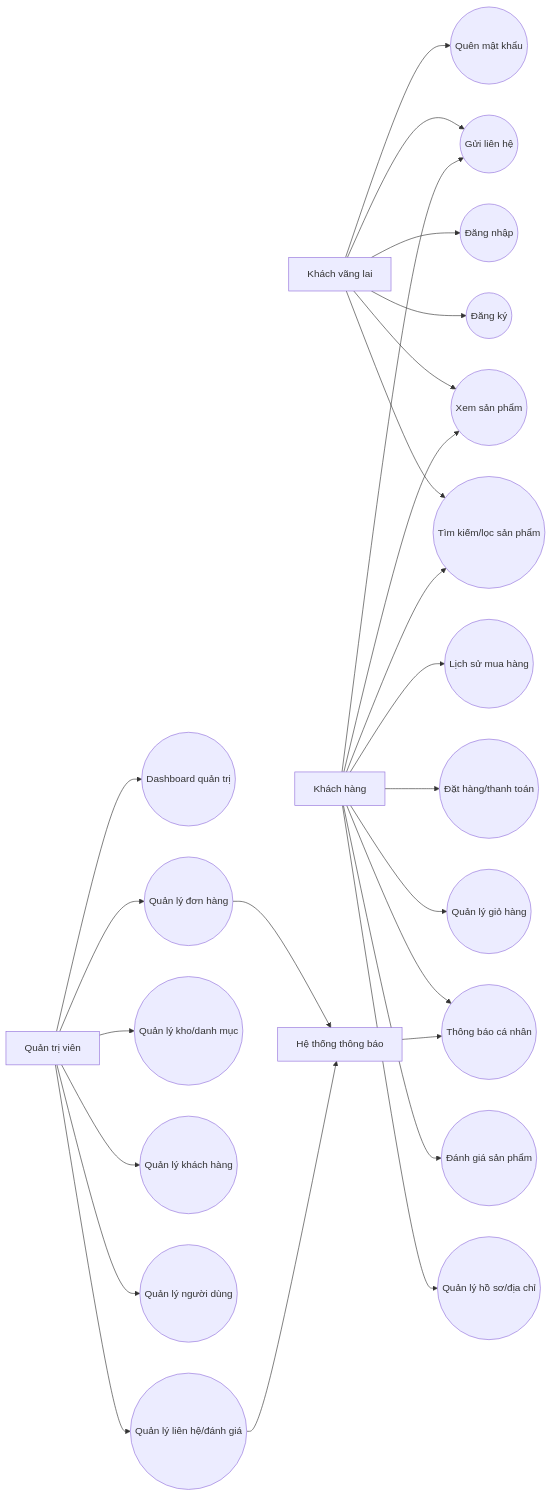
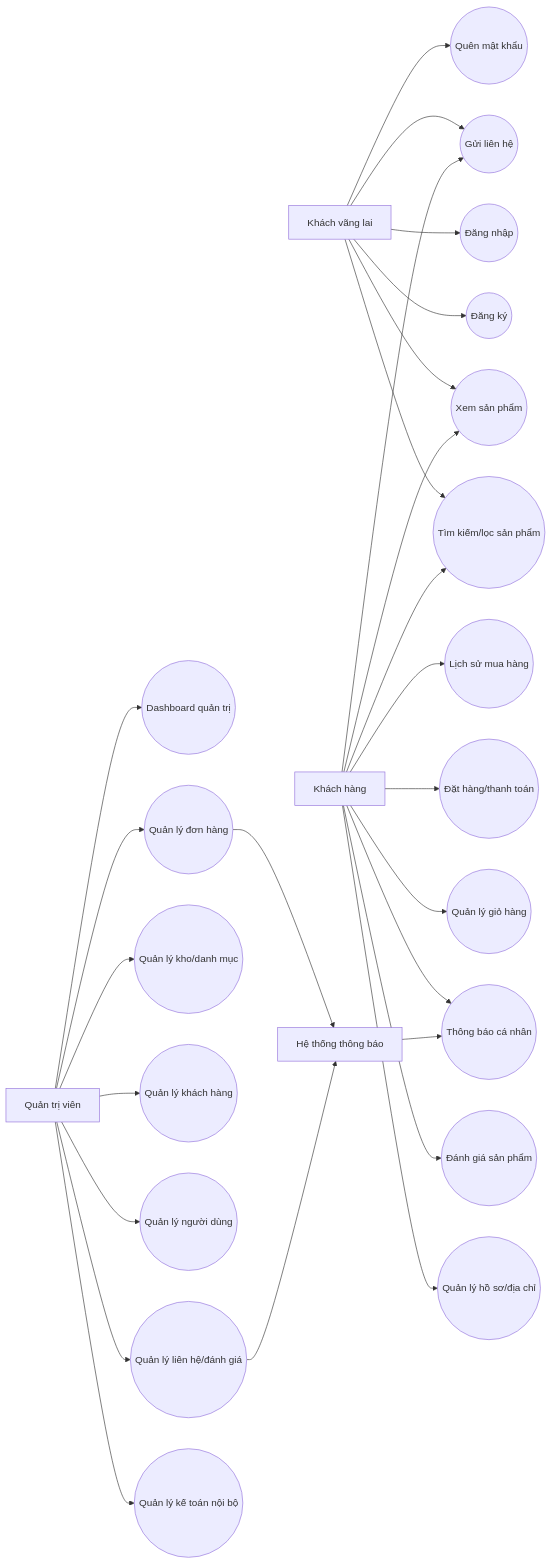
Before and after one commit to lequyet2001/SomeThing: the first of 10 diagrams in docs/bao-cao-phan-tich-thiet-ke-he-thong.md, drawn with Mermaid. The commit also changed other lines of this file and 42 other files, not shown here.

```diff
--- a/docs/bao-cao-phan-tich-thiet-ke-he-thong.md
+++ b/docs/bao-cao-phan-tich-thiet-ke-he-thong.md
@@ -205,56 +219,58 @@
 ~~~mermaid
 flowchart LR
   Guest[Khách vãng lai]
   Customer[Khách hàng]
   Admin[Quản trị viên]
   Noti[Hệ thống thông báo]
 
   UC01((Đăng ký))
   UC02((Đăng nhập))
   UC03((Quên mật khẩu))
   UC05((Tìm kiếm/lọc sản phẩm))
   UC06((Xem sản phẩm))
   UC11((Gửi liên hệ))
 
   UC04((Quản lý hồ sơ/địa chỉ))
   UC07((Đánh giá sản phẩm))
   UC08((Quản lý giỏ hàng))
   UC09((Đặt hàng/thanh toán))
   UC10((Lịch sử mua hàng))
   UC12((Thông báo cá nhân))
 
   UC13((Dashboard quản trị))
   UC14((Quản lý đơn hàng))
   UC15((Quản lý kho/danh mục))
   UC16((Quản lý khách hàng))
   UC17((Quản lý người dùng))
   UC18((Quản lý liên hệ/đánh giá))
+  UC19((Quản lý kế toán nội bộ))
 
   Guest --> UC01
   Guest --> UC02
   Guest --> UC03
   Guest --> UC05
   Guest --> UC06
   Guest --> UC11
 
   Customer --> UC04
   Customer --> UC05
   Customer --> UC06
   Customer --> UC07
   Customer --> UC08
   Customer --> UC09
   Customer --> UC10
   Customer --> UC11
   Customer --> UC12
 
   Admin --> UC13
   Admin --> UC14
   Admin --> UC15
   Admin --> UC16
   Admin --> UC17
   Admin --> UC18
+  Admin --> UC19
 
   UC14 --> Noti
   UC18 --> Noti
   Noti --> UC12
 ~~~
```
